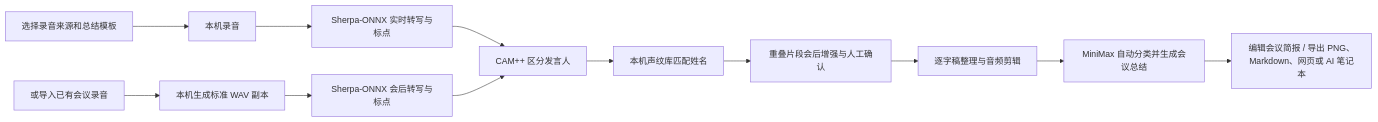
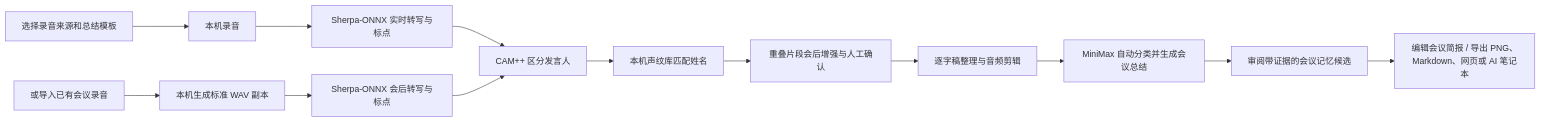
One commit to jizw0704-source/shiyin-ai-meeting-notes changed the diagram in README.md. Above: the diagram before and after it, drawn with Mermaid. The commit also changed other lines of this file and 13 other files, not shown here.

````diff
--- a/README.md
+++ b/README.md
@@ -59,14 +58,15 @@
 ```mermaid
 flowchart LR
     A["选择录音来源和总结模板"] --> B["本机录音"]
     A2["或导入已有会议录音"] --> B2["本机生成标准 WAV 副本"]
     B --> C["Sherpa-ONNX 实时转写与标点"]
     B2 --> C2["Sherpa-ONNX 会后转写与标点"]
     C --> D["CAM++ 区分发言人"]
     C2 --> D
     D --> E["本机声纹库匹配姓名"]
     E --> F["重叠片段会后增强与人工确认"]
     F --> I["逐字稿整理与音频剪辑"]
     I --> G["MiniMax 自动分类并生成会议总结"]
-    G --> H["编辑会议简报 / 导出 PNG、Markdown、网页或 AI 笔记本"]
+    G --> M["审阅带证据的会议记忆候选"]
+    M --> H["编辑会议简报 / 导出 PNG、Markdown、网页或 AI 笔记本"]
 ```
````
